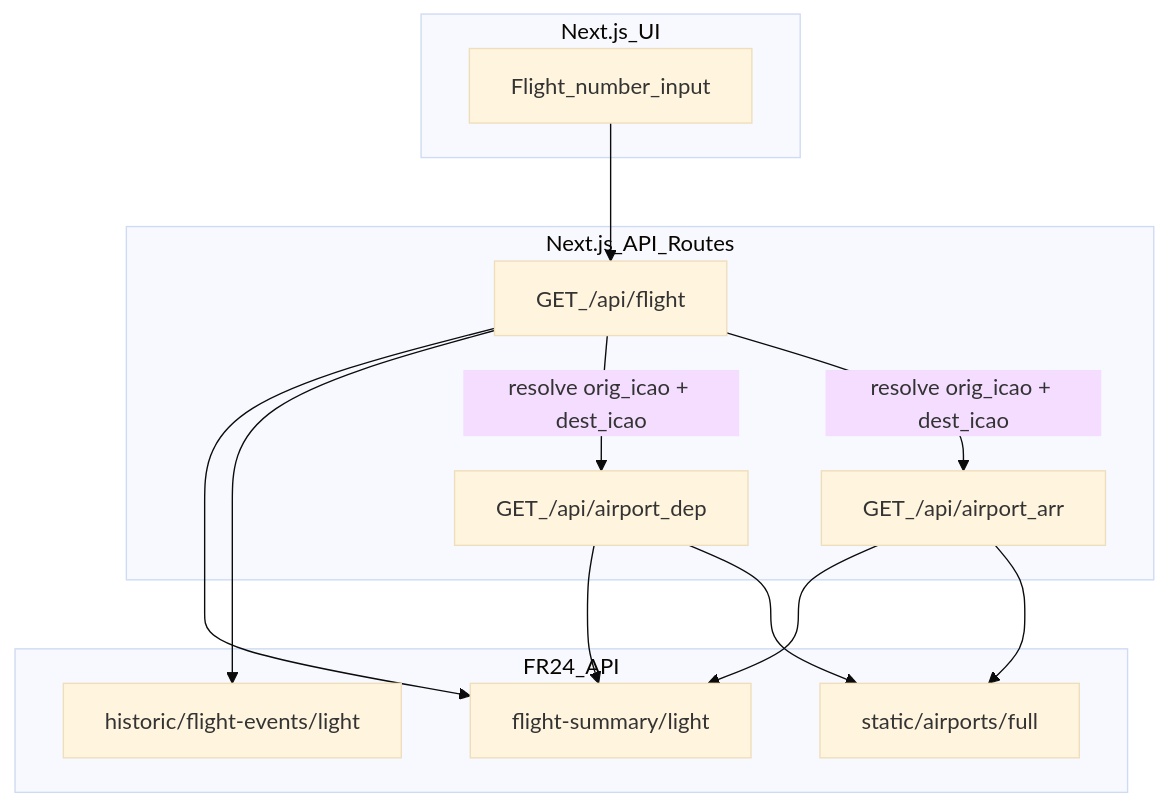
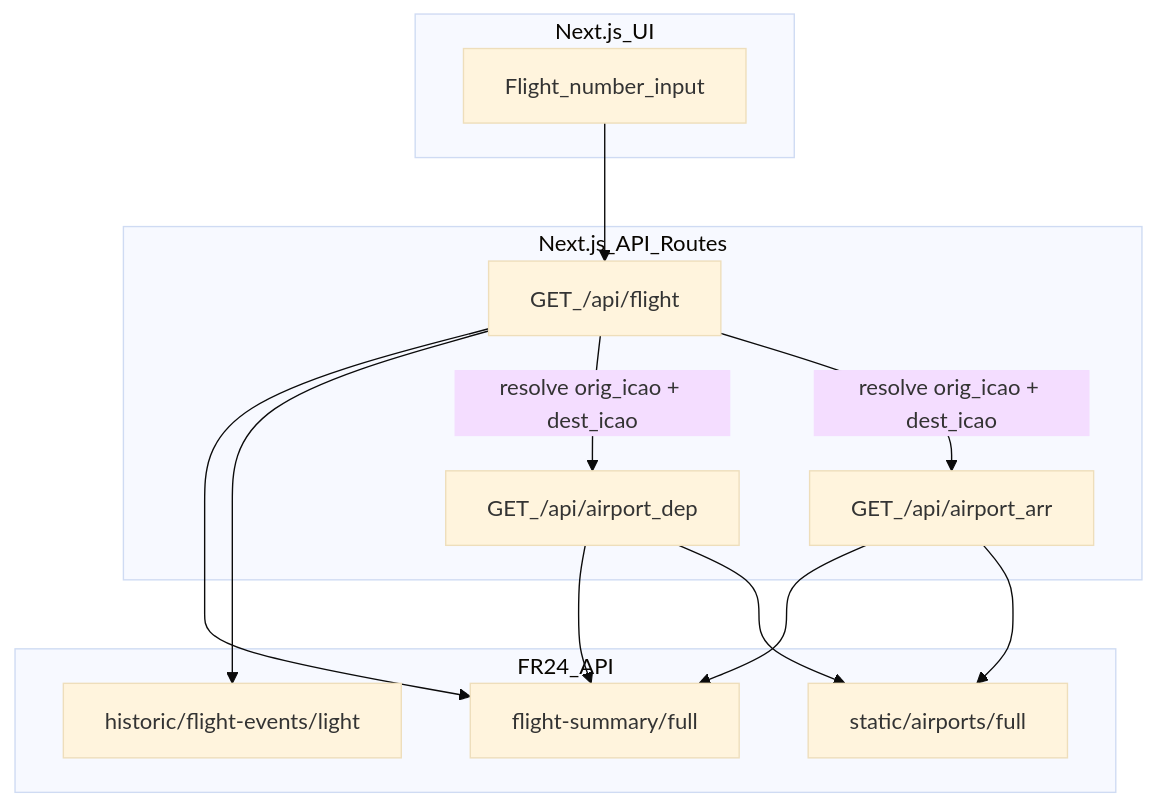
One commit to df-3087/hello-world-666 changed the diagram in docs/FR24_AIR_TRAFFIC_BRD.md. Above: the diagram before and after it, drawn with Mermaid (base theme). The commit also changed other lines of this file and 75 other files, not shown here.

````diff
--- a/docs/FR24_AIR_TRAFFIC_BRD.md
+++ b/docs/FR24_AIR_TRAFFIC_BRD.md
@@ -332,25 +332,25 @@
 ```mermaid
 flowchart TB
   subgraph ui [Next.js_UI]
     I[Flight_number_input]
   end
   subgraph apis [Next.js_API_Routes]
     FA[GET_/api/flight]
     AA[GET_/api/airport_dep]
     AB[GET_/api/airport_arr]
   end
   subgraph fr24 [FR24_API]
-    FS[flight-summary/light]
+    FS[flight-summary/full]
     FE[historic/flight-events/light]
     AP[static/airports/full]
   end
   I --> FA
   FA --> FS
   FA --> FE
   FA -->|"resolve orig_icao + dest_icao"| AA
   FA -->|"resolve orig_icao + dest_icao"| AB
   AA --> FS
   AA --> AP
   AB --> FS
   AB --> AP
 ```
````
